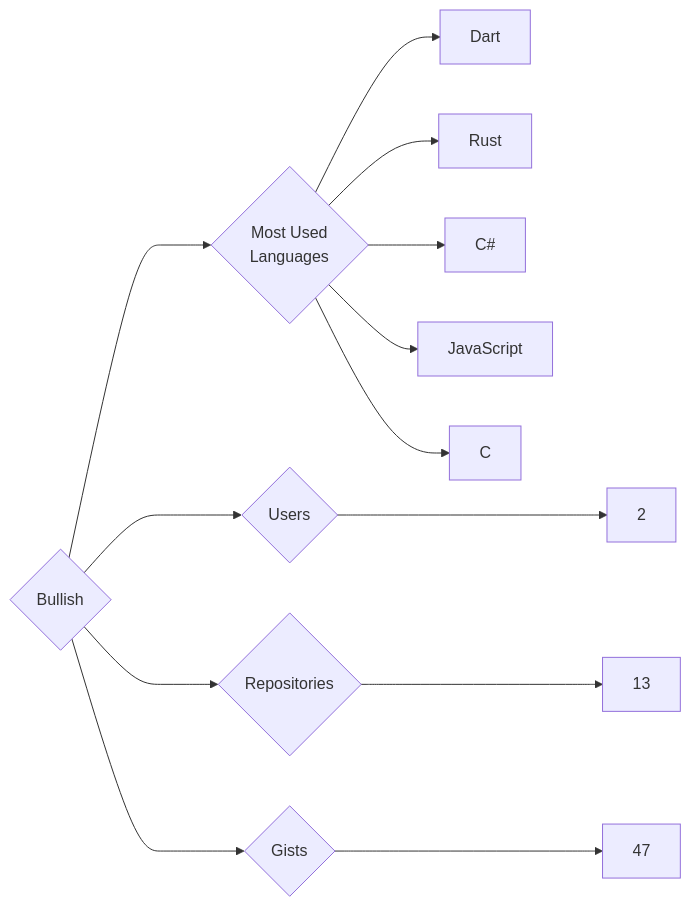
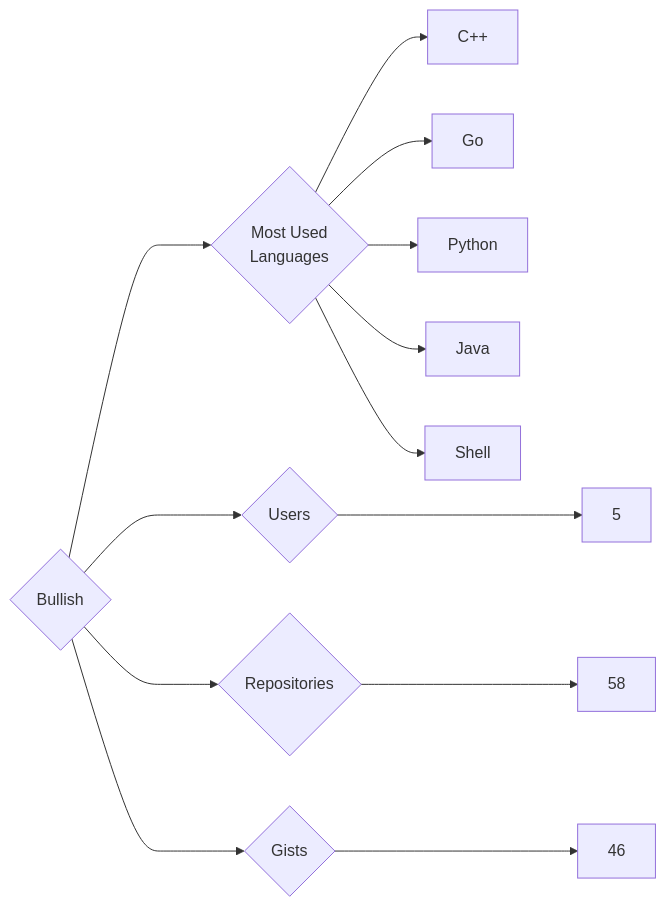
The diagram in targets/Bullish/README.md (trickest/insiders), drawn with Mermaid before and after one commit. The commit also changed 1020 other files, not shown here.

````diff
--- a/targets/Bullish/README.md
+++ b/targets/Bullish/README.md
@@ -3,13 +3,13 @@
 ```mermaid
 graph LR
 COMPANY_NAME{Bullish}
-COMPANY_NAME ---> U{Users} ---> UN[2]
-COMPANY_NAME ---> R{Repositories} ---> RN[13]
-COMPANY_NAME ---> G{Gists} ---> GN[47]
+COMPANY_NAME ---> U{Users} ---> UN[5]
+COMPANY_NAME ---> R{Repositories} ---> RN[58]
+COMPANY_NAME ---> G{Gists} ---> GN[46]
 COMPANY_NAME ---> ML{Most Used<br>Languages}
-ML --> Dart[Dart]
-ML --> Rust[Rust]
-ML --> C#[C#]
-ML --> JavaScript[JavaScript]
-ML --> C[C]
+ML --> C++[C++]
+ML --> Go[Go]
+ML --> Python[Python]
+ML --> Java[Java]
+ML --> Shell[Shell]
 ```
````
